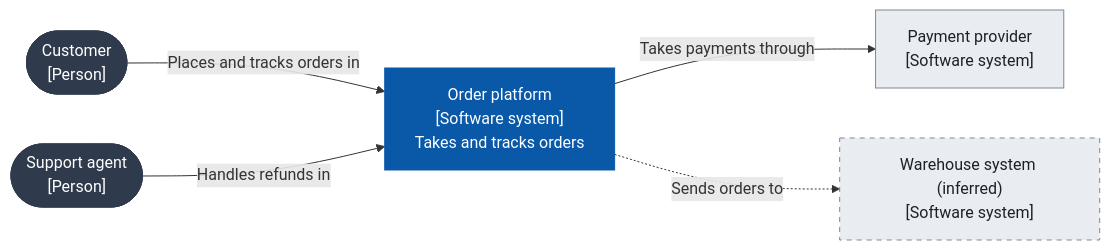
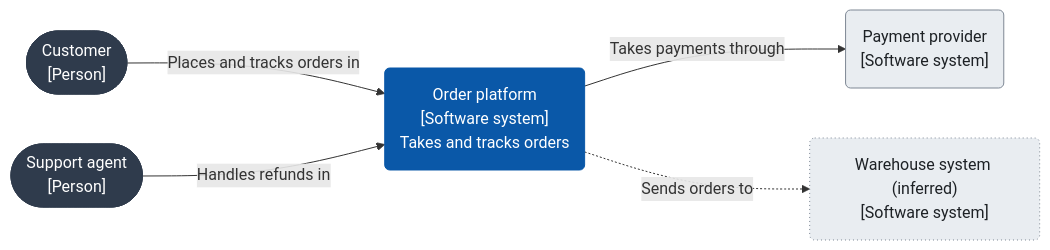
Before and after one commit to julimonte03/exo-harness: the first of 4 diagrams in content/packs/design/skills/architecture-diagram-designer/references/c4-templates.md, drawn with Mermaid. The commit also changed other lines of this file and 13 other files, not shown here.

````diff
--- a/content/packs/design/skills/architecture-diagram-designer/references/c4-templates.md
+++ b/content/packs/design/skills/architecture-diagram-designer/references/c4-templates.md
@@ -7,30 +7,30 @@
 ```mermaid
 %% exo-style: neutral
 flowchart LR
     accTitle: The order platform serves customers and depends on two outside services
     accDescr: Customers and support agents use the order platform. It takes payments through a payment provider and sends orders to the warehouse system.
 
     %% [Code] services/web/src/routes.ts:10 (customer routes)
     customer(["Customer<br/>[Person]"])
     %% [Code] services/admin/app/roles.py:5 (support role)
     agent(["Support agent<br/>[Person]"])
-    platform["Order platform<br/>[Software system]<br/>Takes and tracks orders"]
+    platform("Order platform<br/>[Software system]<br/>Takes and tracks orders")
     %% [Code] services/orders/app/payments_client.py:20 (PAYMENTS_BASE_URL)
-    payments["Payment provider<br/>[Software system]"]
+    payments("Payment provider<br/>[Software system]")
     %% [Inferred: low] services/orders/app/events.py:12 (topic orders.created)
-    warehouse["Warehouse system (inferred)<br/>[Software system]"]
+    warehouse("Warehouse system (inferred)<br/>[Software system]")
 
     customer -->|"Places and tracks orders in"| platform
     agent -->|"Handles refunds in"| platform
     platform -->|"Takes payments through"| payments
     platform -.->|"Sends orders to"| warehouse
 
     classDef focus fill:#0a58a8,stroke:#0a58a8,color:#ffffff
     classDef person fill:#2f3b4c,stroke:#2f3b4c,color:#ffffff
     classDef external fill:#e9edf1,stroke:#7d8794,color:#1d2125
-    classDef unconfirmed stroke-dasharray:5 5
+    classDef unconfirmed stroke-dasharray:1 3
     class platform focus
     class customer,agent person
     class payments,warehouse external
     class warehouse unconfirmed
 ```
````
